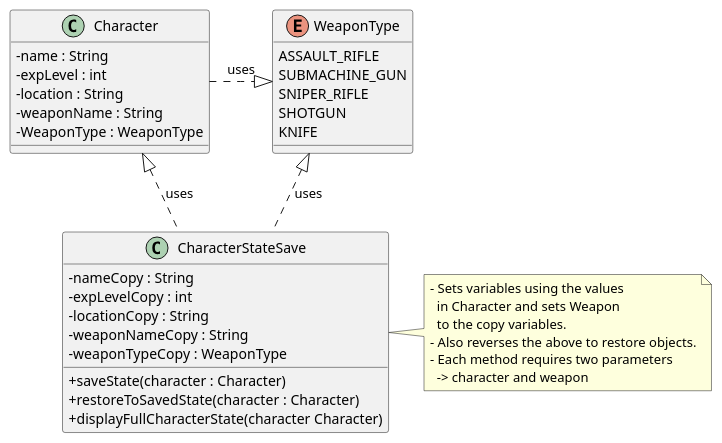
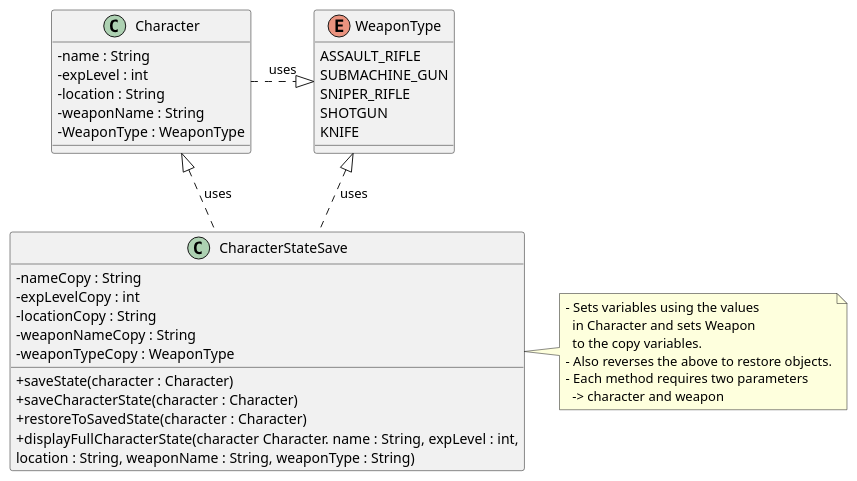
Before and after one commit to ShaneMcGinley/Memento: the diagram in src/OpenWorldGame.puml, drawn with PlantUML. The commit also changed 2 other files, not shown here.

Commit message:
Before Memento is added - Updated Class Diagram and classes

```diff
--- a/src/OpenWorldGame.puml
+++ b/src/OpenWorldGame.puml
@@ -1,46 +1,48 @@
 @startuml
 skinparam classAttributeIconSize 0
 
 class Character {
 - name : String
 - expLevel : int
 - location : String
 - weaponName : String
 - WeaponType : WeaponType
 
 }
 
 class CharacterStateSave {
 - nameCopy : String
 - expLevelCopy : int
 - locationCopy : String
 - weaponNameCopy : String
 - weaponTypeCopy : WeaponType
 
 + saveState(character : Character)
++ saveCharacterState(character : Character)
 + restoreToSavedState(character : Character)
-+ displayFullCharacterState(character Character)
++ displayFullCharacterState(character Character. name : String, expLevel : int,
+location : String, weaponName : String, weaponType : String)
 }
 
 note right {
 - Sets variables using the values
   in Character and sets Weapon
   to the copy variables.
 - Also reverses the above to restore objects.
 - Each method requires two parameters
   -> character and weapon
 }
 
 enum WeaponType {
 ASSAULT_RIFLE
 SUBMACHINE_GUN
 SNIPER_RIFLE
 SHOTGUN
 KNIFE
 }
 
 Character .|> WeaponType : uses
 WeaponType <|.. CharacterStateSave : uses
 Character <|.. CharacterStateSave : uses
 
 @enduml
```
